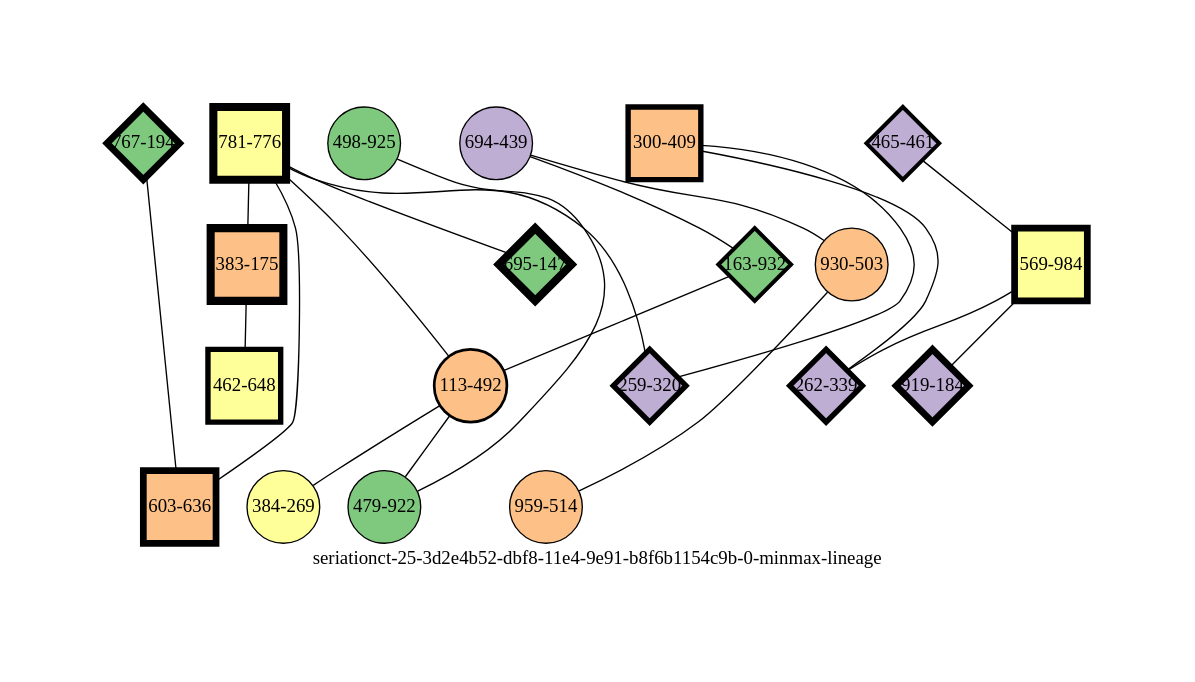
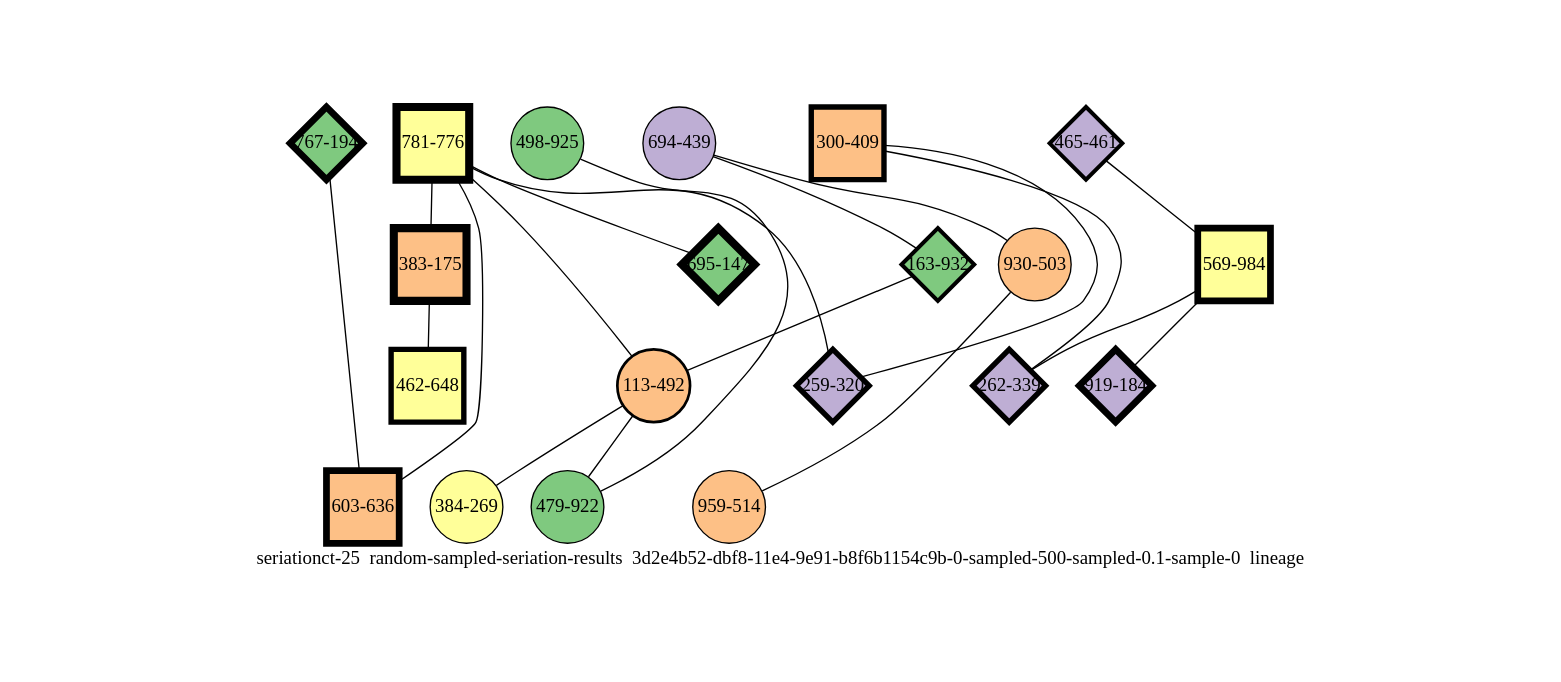
One commit to mmadsen/experiment-seriationct changed the diagram in experiments/seriationct-25/random-sampled-seriation-results/3d2e4b52-dbf8-11e4-9e91-b8f6b1154c9b-0-sampled-500-sampled-0.1-sample-0/3d2e4b52-dbf8-11e4-9e91-b8f6b1154c9b-0-sampled-500-sampled-0.1-sample-0-minmax-by-weight.png-lineage-annotated-chronological.dot. Above: the diagram before and after it, drawn with Graphviz. The commit also changed 1117 other files, not shown here.

```diff
--- a/experiments/seriationct-25/random-sampled-seriation-results/3d2e4b52-dbf8-11e4-9e91-b8f6b1154c9b-0-sampled-500-sampled-0.1-sample-0/3d2e4b52-dbf8-11e4-9e91-b8f6b1154c9b-0-sampled-500-sampled-0.1-sample-0-minmax-by-weight.png-lineage-annotated-chronological.dot
+++ b/experiments/seriationct-25/random-sampled-seriation-results/3d2e4b52-dbf8-11e4-9e91-b8f6b1154c9b-0-sampled-500-sampled-0.1-sample-0/3d2e4b52-dbf8-11e4-9e91-b8f6b1154c9b-0-sampled-500-sampled-0.1-sample-0-minmax-by-weight.png-lineage-annotated-chronological.dot
@@ -1,46 +1,46 @@
-strict graph "seriationct-25-3d2e4b52-dbf8-11e4-9e91-b8f6b1154c9b-0-minmax-lineage" {
+strict graph "seriationct-25  random-sampled-seriation-results  3d2e4b52-dbf8-11e4-9e91-b8f6b1154c9b-0-sampled-500-sampled-0.1-sample-0  lineage" {
 labelloc=b;
 ratio=auto;
 pad="1.0";
-label="seriationct-25-3d2e4b52-dbf8-11e4-9e91-b8f6b1154c9b-0-minmax-lineage";
+label="seriationct-25  random-sampled-seriation-results  3d2e4b52-dbf8-11e4-9e91-b8f6b1154c9b-0-sampled-500-sampled-0.1-sample-0  lineage";
 node [width="0.75", style=filled, fixedsize=true, height="0.75", shape=circle, label=""];
 0 [xCoordinate="776.0", appears_in_slice=6, yCoordinate="781.0", colorscheme=accent6, lineage_id=1, short_label="781-776", label="781-776", shape=square, cluster_id=3, fillcolor=4, size="500.0", id=0, penwidth="6.0"];
 1 [xCoordinate="461.0", appears_in_slice=3, yCoordinate="465.0", colorscheme=accent6, lineage_id=2, short_label="465-461", label="465-461", shape=diamond, cluster_id=1, fillcolor=2, size="500.0", id=1, penwidth="3.0"];
 2 [xCoordinate="439.0", appears_in_slice=1, yCoordinate="694.0", colorscheme=accent6, lineage_id=0, short_label="694-439", label="694-439", shape=circle, cluster_id=1, fillcolor=2, size="500.0", id=2, penwidth="1.0"];
 3 [xCoordinate="932.0", appears_in_slice=3, yCoordinate="163.0", colorscheme=accent6, lineage_id=2, short_label="163-932", label="163-932", shape=diamond, cluster_id=0, fillcolor=1, size="500.0", id=9, penwidth="3.0"];
 4 [xCoordinate="194.0", appears_in_slice=5, yCoordinate="767.0", colorscheme=accent6, lineage_id=2, short_label="767-194", label="767-194", shape=diamond, cluster_id=0, fillcolor=1, size="500.0", id=4, penwidth="5.0"];
 5 [xCoordinate="147.0", appears_in_slice=6, yCoordinate="695.0", colorscheme=accent6, lineage_id=2, short_label="695-147", label="695-147", shape=diamond, cluster_id=0, fillcolor=1, size="500.0", id=5, penwidth="6.0"];
 6 [xCoordinate="984.0", appears_in_slice=5, yCoordinate="569.0", colorscheme=accent6, lineage_id=1, short_label="569-984", label="569-984", shape=square, cluster_id=3, fillcolor=4, size="500.0", id=15, penwidth="5.0"];
 7 [xCoordinate="636.0", appears_in_slice=5, yCoordinate="603.0", colorscheme=accent6, lineage_id=1, short_label="603-636", label="603-636", shape=square, cluster_id=2, fillcolor=3, size="500.0", id=7, penwidth="5.0"];
 8 [xCoordinate="925.0", appears_in_slice=1, yCoordinate="498.0", colorscheme=accent6, lineage_id=0, short_label="498-925", label="498-925", shape=circle, cluster_id=0, fillcolor=1, size="500.0", id=8, penwidth="1.0"];
 9 [xCoordinate="175.0", appears_in_slice=6, yCoordinate="383.0", colorscheme=accent6, lineage_id=1, short_label="383-175", label="383-175", shape=square, cluster_id=2, fillcolor=3, size="500.0", id=10, penwidth="6.0"];
 10 [xCoordinate="409.0", appears_in_slice=4, yCoordinate="300.0", colorscheme=accent6, lineage_id=1, short_label="300-409", label="300-409", shape=square, cluster_id=2, fillcolor=3, size="500.0", id=11, penwidth="4.0"];
 11 [xCoordinate="339.0", appears_in_slice=4, yCoordinate="262.0", colorscheme=accent6, lineage_id=2, short_label="262-339", label="262-339", shape=diamond, cluster_id=1, fillcolor=2, size="500.0", id=12, penwidth="4.0"];
 12 [xCoordinate="184.0", appears_in_slice=5, yCoordinate="919.0", colorscheme=accent6, lineage_id=2, short_label="919-184", label="919-184", shape=diamond, cluster_id=1, fillcolor=2, size="500.0", id=6, penwidth="5.0"];
 13 [xCoordinate="492.0", appears_in_slice=2, yCoordinate="113.0", colorscheme=accent6, lineage_id=0, short_label="113-492", label="113-492", shape=circle, cluster_id=2, fillcolor=3, size="500.0", id=13, penwidth="2.0"];
 14 [xCoordinate="320.0", appears_in_slice=4, yCoordinate="259.0", colorscheme=accent6, lineage_id=2, short_label="259-320", label="259-320", shape=diamond, cluster_id=1, fillcolor=2, size="500.0", id=14, penwidth="4.0"];
 15 [xCoordinate="503.0", appears_in_slice=1, yCoordinate="930.0", colorscheme=accent6, lineage_id=0, short_label="930-503", label="930-503", shape=circle, cluster_id=2, fillcolor=3, size="500.0", id=3, penwidth="1.0"];
 16 [xCoordinate="514.0", appears_in_slice=1, yCoordinate="959.0", colorscheme=accent6, lineage_id=0, short_label="959-514", label="959-514", shape=circle, cluster_id=2, fillcolor=3, size="500.0", id=16, penwidth="1.0"];
 17 [xCoordinate="922.0", appears_in_slice=1, yCoordinate="479.0", colorscheme=accent6, lineage_id=0, short_label="479-922", label="479-922", shape=circle, cluster_id=0, fillcolor=1, size="500.0", id=17, penwidth="1.0"];
 18 [xCoordinate="648.0", appears_in_slice=4, yCoordinate="462.0", colorscheme=accent6, lineage_id=1, short_label="462-648", label="462-648", shape=square, cluster_id=3, fillcolor=4, size="500.0", id=19, penwidth="4.0"];
 19 [xCoordinate="269.0", appears_in_slice=1, yCoordinate="384.0", colorscheme=accent6, lineage_id=0, short_label="384-269", label="384-269", shape=circle, cluster_id=3, fillcolor=4, size="500.0", id=18, penwidth="1.0"];
 0 -- 9  [inverseweight="2.12024353329", weight="0.471643933492"];
 0 -- 13  [inverseweight="1.54019043845", weight="0.649270359712"];
 0 -- 5  [inverseweight="1.81237950909", weight="0.551760817746"];
 0 -- 14  [inverseweight="1.90107197453", weight="0.526019011063"];
 0 -- 7  [inverseweight="1.42783730097", weight="0.700359907476"];
 1 -- 6  [inverseweight="3.11274338519", weight="0.321260019299"];
 2 -- 3  [inverseweight="2.82698008129", weight="0.353734363612"];
 2 -- 15  [inverseweight="9.00353007582", weight="0.111067547015"];
 3 -- 13  [inverseweight="2.53178350102", weight="0.394978480426"];
 4 -- 7  [inverseweight="26.1354186745", weight="0.0382622529394"];
 6 -- 11  [inverseweight="2.66311820646", weight="0.37549966711"];
 6 -- 12  [inverseweight="1.91820248288", weight="0.521321397988"];
 8 -- 17  [inverseweight="30.6569669742", weight="0.0326190128606"];
 9 -- 18  [inverseweight="2.77932227485", weight="0.359799944414"];
 10 -- 11  [inverseweight="22.0112726581", weight="0.0454312667664"];
 10 -- 14  [inverseweight="5.06110206362", weight="0.197585424564"];
 13 -- 17  [inverseweight="1.69644620677", weight="0.589467556359"];
 13 -- 19  [inverseweight="1.23176624249", weight="0.811842349228"];
 15 -- 16  [inverseweight="19.462473604", weight="0.0513809303147"];
 }
```
